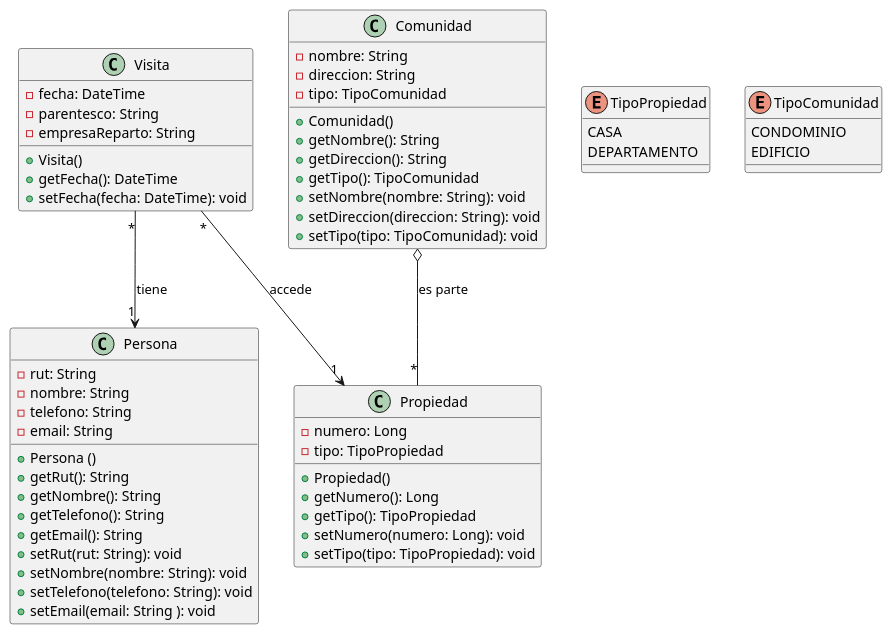
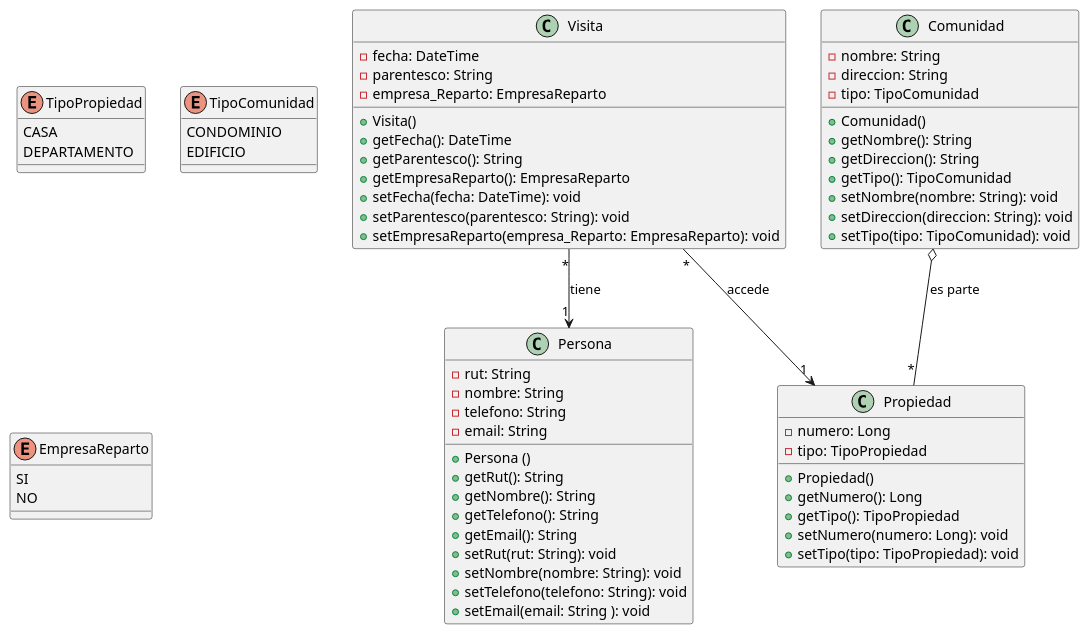
Before and after one commit to bomba1/Proyecto-Conserjeria: the diagram in web/diagrama.clases.md, drawn with PlantUML.

Commit message:
docs(diagrama.clases.md): Diagram Update

```diff
--- a/web/diagrama.clases.md
+++ b/web/diagrama.clases.md
@@ -3,65 +3,74 @@
 @startuml
 
 Visita "*" --> "1" Persona: tiene
 Visita "*"--> "1" Propiedad: accede
 Comunidad o-- "*" Propiedad: es parte
 
 class Persona {
   - rut: String
   - nombre: String 
   - telefono: String 
   - email: String 
   + Persona ()
   + getRut(): String
   + getNombre(): String
   + getTelefono(): String
   + getEmail(): String 
   + setRut(rut: String): void
   + setNombre(nombre: String): void
   + setTelefono(telefono: String): void
   + setEmail(email: String ): void
 }
 
 class Propiedad {
    - numero: Long
    - tipo: TipoPropiedad
    + Propiedad()
    + getNumero(): Long
    + getTipo(): TipoPropiedad
    + setNumero(numero: Long): void
    + setTipo(tipo: TipoPropiedad): void
 }
 
 enum TipoPropiedad {
     CASA
     DEPARTAMENTO
 }
 
 class Comunidad {
     - nombre: String
     - direccion: String
     - tipo: TipoComunidad
     + Comunidad()
     + getNombre(): String
     + getDireccion(): String
     + getTipo(): TipoComunidad
     + setNombre(nombre: String): void
     + setDireccion(direccion: String): void
     + setTipo(tipo: TipoComunidad): void
 }
 
 enum TipoComunidad {
    CONDOMINIO
    EDIFICIO 
 }
 
 class Visita {
     - fecha: DateTime
     - parentesco: String
-    - empresaReparto: String
+    - empresa_Reparto: EmpresaReparto
     + Visita()
     + getFecha(): DateTime
+    + getParentesco(): String
+    + getEmpresaReparto(): EmpresaReparto
     + setFecha(fecha: DateTime): void
+    + setParentesco(parentesco: String): void 
+    + setEmpresaReparto(empresa_Reparto: EmpresaReparto): void
+}
+
+enum EmpresaReparto {
+   SI
+   NO 
 }
 
 @enduml
```
